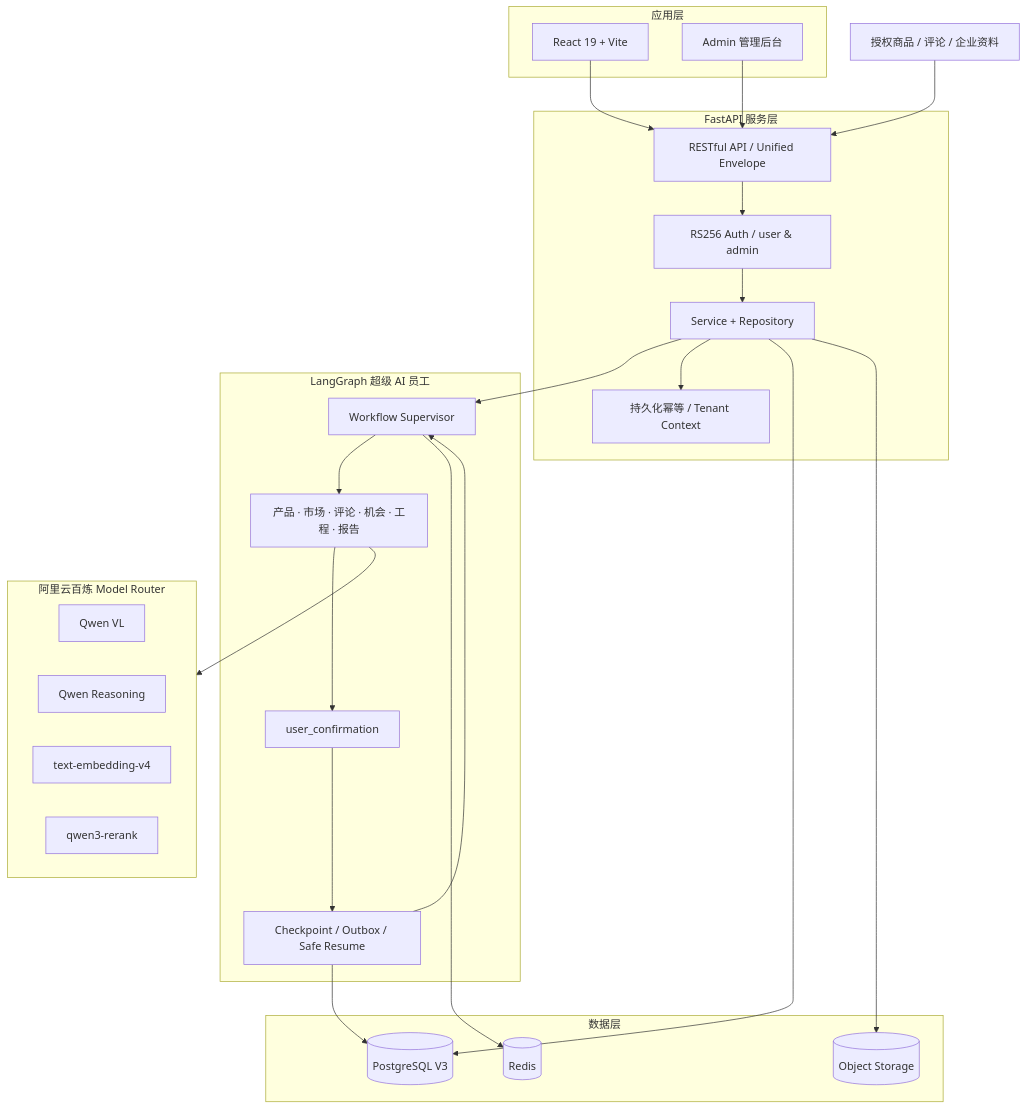
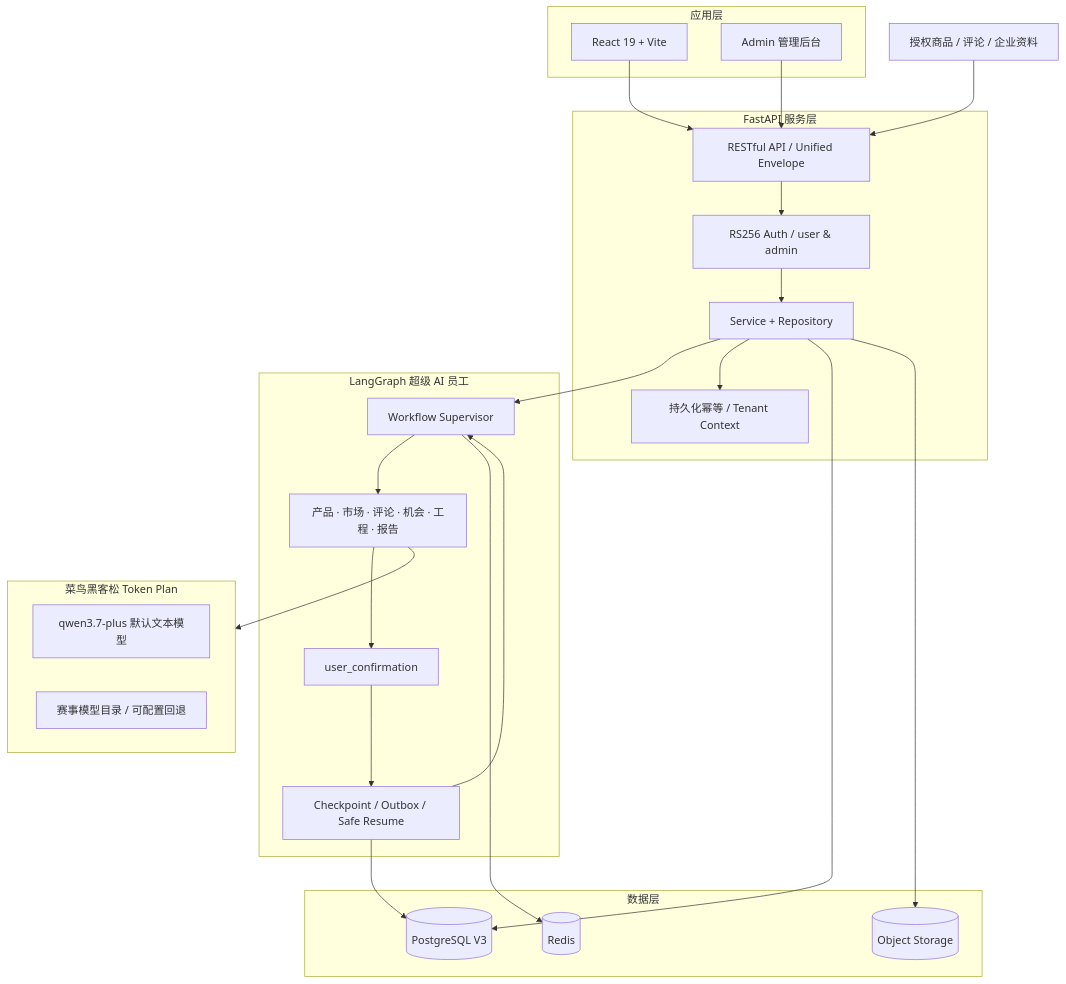
One commit to qzh666qbb/Furniscope changed the second of 2 diagrams in README.md. Above: the diagram before and after it, drawn with Mermaid. The commit also changed other lines of this file and 1038 other files, not shown here.

````diff
--- a/README.md
+++ b/README.md
@@ -74,47 +74,45 @@
 ```mermaid
 flowchart TB
     subgraph Client[应用层]
         Web[React 19 + Vite]
         Admin[Admin 管理后台]
     end
 
     subgraph API[FastAPI 服务层]
         Gateway[RESTful API / Unified Envelope]
         Auth[RS256 Auth / user & admin]
         Services[Service + Repository]
         Idem[持久化幂等 / Tenant Context]
     end
 
     subgraph Agent[LangGraph 超级 AI 员工]
         Supervisor[Workflow Supervisor]
         Workers[产品 · 市场 · 评论 · 机会 · 工程 · 报告]
         Confirm[user_confirmation]
         Checkpoint[Checkpoint / Outbox / Safe Resume]
     end
 
-    subgraph Models[阿里云百炼 Model Router]
-        QwenVL[Qwen VL]
-        Qwen[Qwen Reasoning]
-        Embed[text-embedding-v4]
-        Rerank[qwen3-rerank]
+    subgraph Models[菜鸟黑客松 Token Plan]
+        Qwen[qwen3.7-plus 默认文本模型]
+        Fallback[赛事模型目录 / 可配置回退]
     end
 
     subgraph Data[数据层]
         PG[(PostgreSQL V3)]
         Redis[(Redis)]
         OSS[(Object Storage)]
     end
 
     Sources[授权商品 / 评论 / 企业资料] --> Gateway
     Web --> Gateway
     Admin --> Gateway
     Gateway --> Auth --> Services --> Supervisor
     Services --> Idem
     Supervisor --> Workers
     Workers --> Confirm --> Checkpoint --> Supervisor
     Workers --> Models
     Services --> PG
     Checkpoint --> PG
     Supervisor --> Redis
     Services --> OSS
 ```
````
